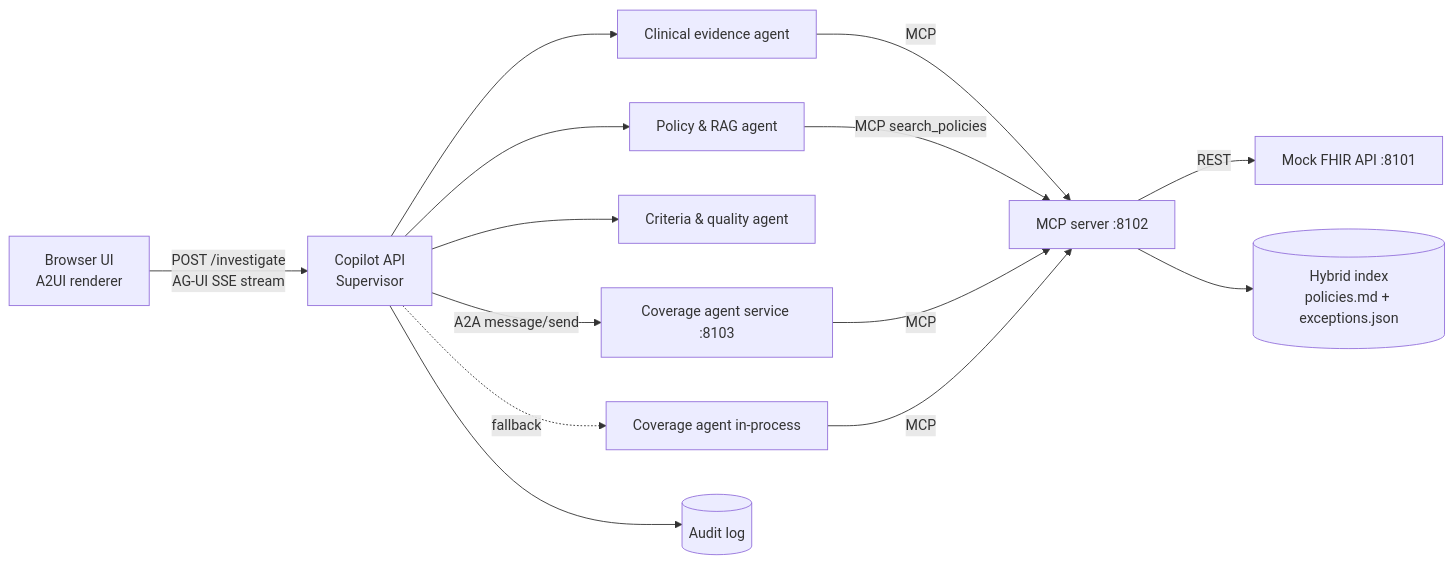
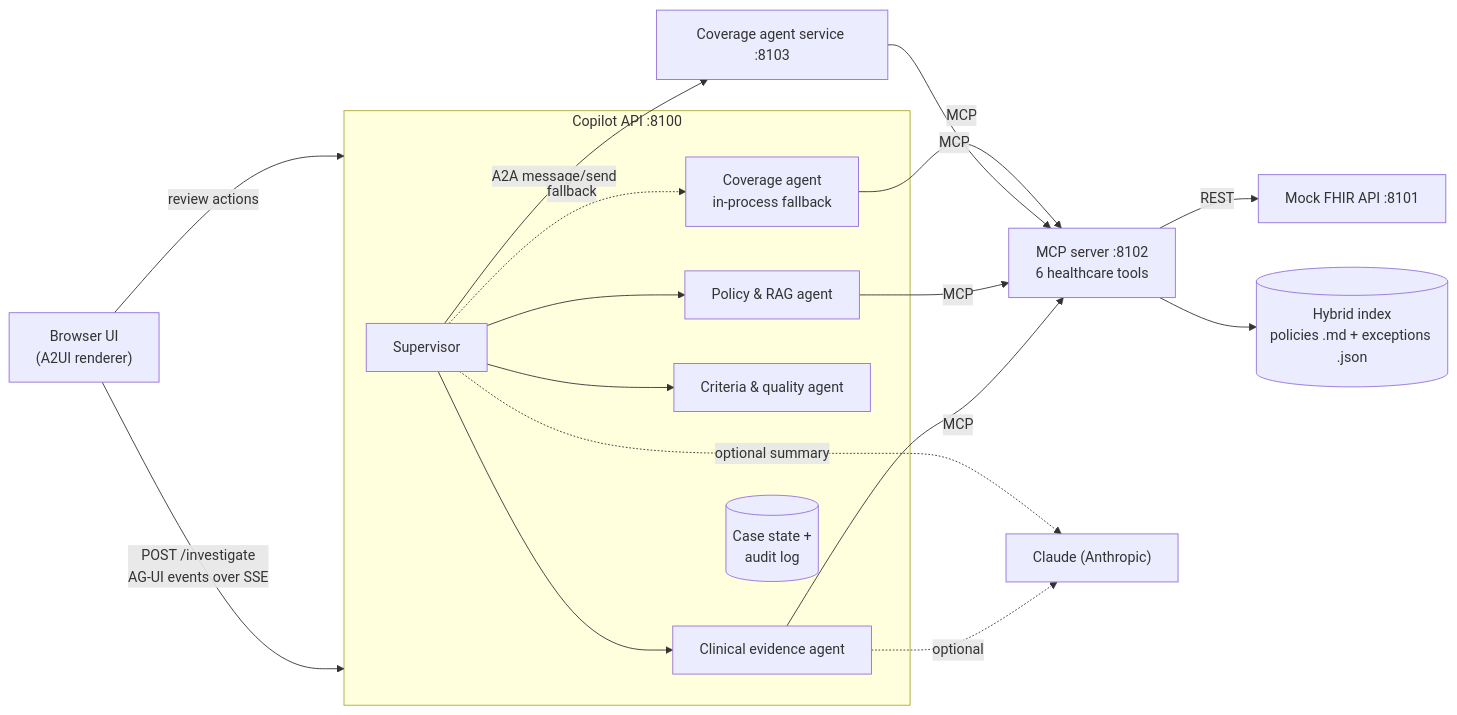
One commit to deekshithkandagadla/healthcare-pa-copilot changed the first of 2 diagrams in docs/ARCHITECTURE.md. Above: the diagram before and after it, drawn with Mermaid. The commit also changed other lines of this file and 1 other file, not shown here.

First line of the commit message:
Architecture note: data flow, agent roles, decision order, output contract, tradeoffs, costs, assumptions, limitations

````diff
--- a/docs/ARCHITECTURE.md
+++ b/docs/ARCHITECTURE.md
@@ -3,16 +10,24 @@
 ```mermaid
 flowchart LR
-  UI[Browser UI<br/>A2UI renderer] -- POST /investigate<br/>AG-UI SSE stream --> API[Copilot API<br/>Supervisor]
-  API --> CE[Clinical evidence agent]
-  API --> PR[Policy & RAG agent]
-  API --> CQ[Criteria & quality agent]
-  API -- A2A message/send --> COV[Coverage agent service :8103]
-  API -. fallback .-> COVL[Coverage agent in-process]
-  CE -- MCP --> MCP[MCP server :8102]
-  PR -- MCP search_policies --> MCP
+  UI["Browser UI<br/>(A2UI renderer)"] -- "POST /investigate<br/>AG-UI events over SSE" --> API
+  UI -- "review actions" --> API
+  subgraph API["Copilot API :8100"]
+    SUP[Supervisor]
+    CE[Clinical evidence agent]
+    PR[Policy & RAG agent]
+    CQ[Criteria & quality agent]
+    COVL[Coverage agent<br/>in-process fallback]
+    ST[(Case state +<br/>audit log)]
+  end
+  SUP --> CE & PR & CQ
+  SUP -- "A2A message/send" --> COV["Coverage agent service :8103"]
+  SUP -. "fallback" .-> COVL
+  CE -- MCP --> MCP["MCP server :8102<br/>6 healthcare tools"]
+  PR -- MCP --> MCP
   COV -- MCP --> MCP
   COVL -- MCP --> MCP
-  MCP -- REST --> FHIR[Mock FHIR API :8101]
-  MCP --> IDX[(Hybrid index<br/>policies.md + exceptions.json)]
-  API --> AUD[(Audit log)]
+  MCP -- REST --> FHIR["Mock FHIR API :8101"]
+  MCP --> IDX[("Hybrid index<br/>policies .md + exceptions .json")]
+  CE -. "optional" .-> LLM["Claude (Anthropic)"]
+  SUP -. "optional summary" .-> LLM
 ```
````
